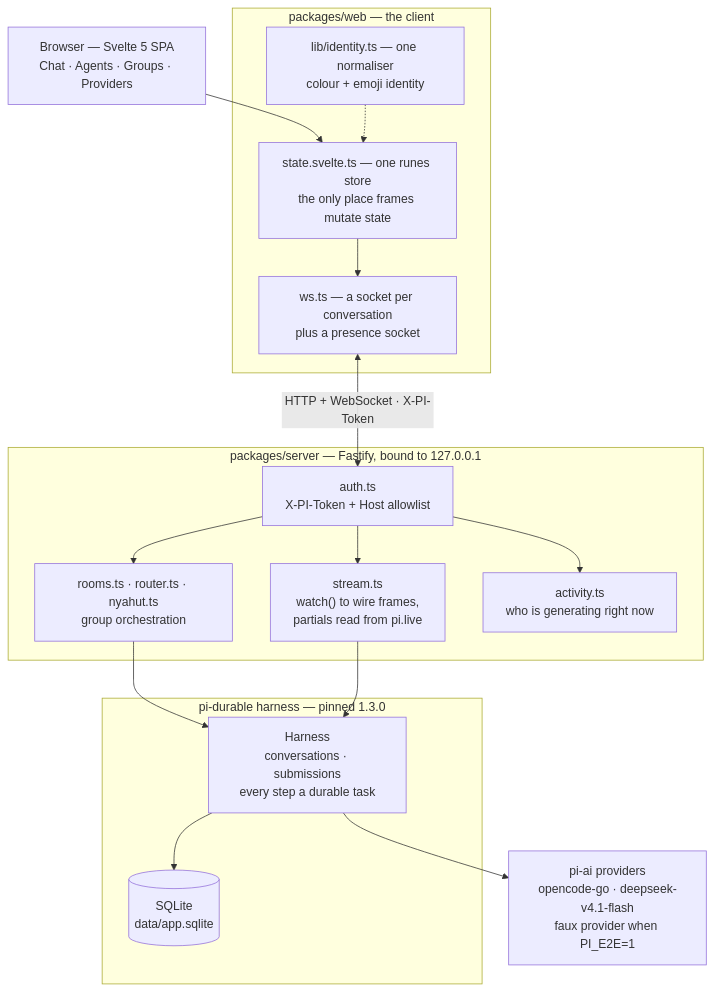
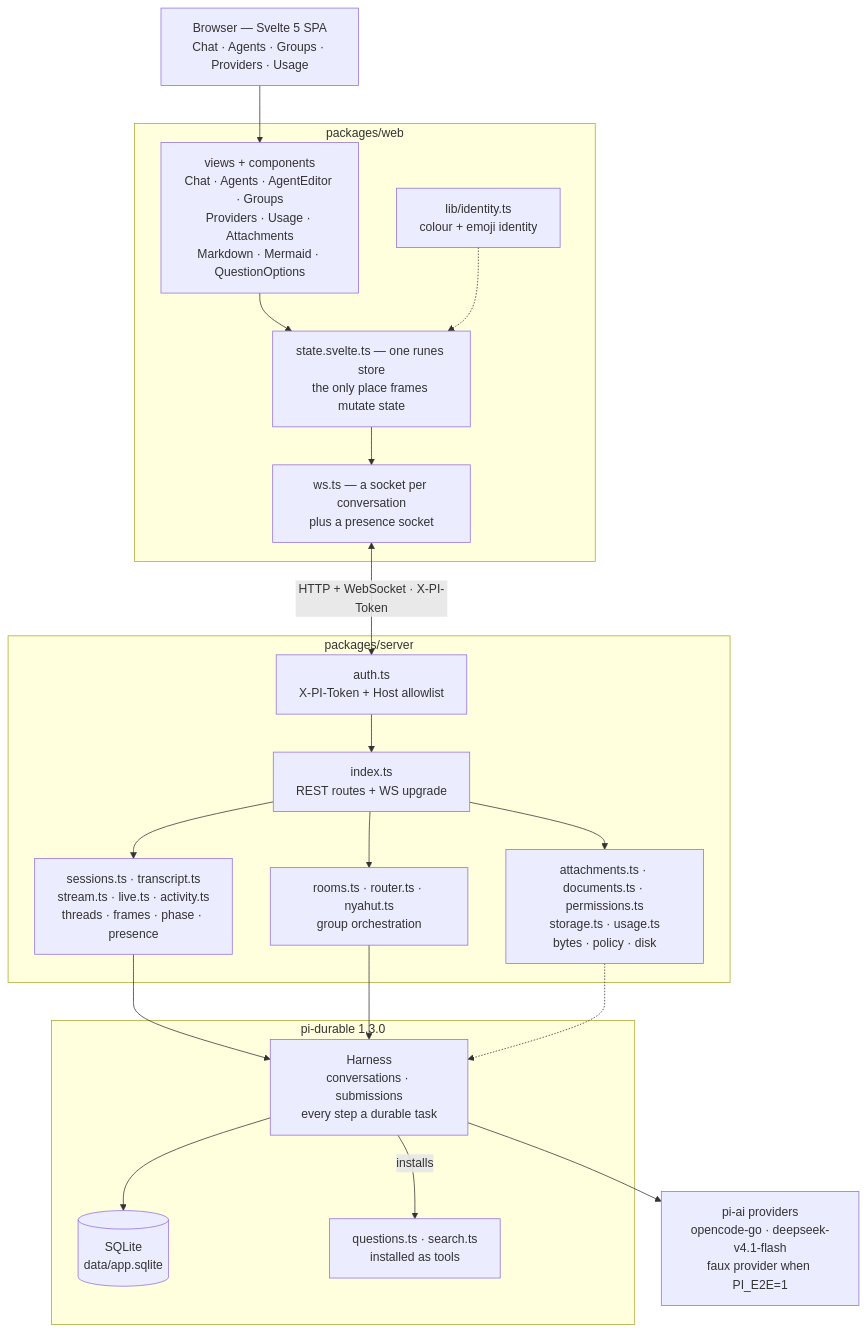
Before and after one commit to mariobgsp/articles: the diagram in diagrams/durable-agents.mmd, drawn with Mermaid. The commit also changed 3 other files, not shown here.

First line of the commit message:
docs(durable-agents): re-pin to ba185dd and update the drifted sections

```diff
--- a/diagrams/durable-agents.mmd
+++ b/diagrams/durable-agents.mmd
@@ -1,34 +1,41 @@
 flowchart TD
-  U["Browser — Svelte 5 SPA<br/>Chat · Agents · Groups · Providers"]
+  U["Browser — Svelte 5 SPA<br/>Chat · Agents · Groups · Providers · Usage"]
 
-  subgraph WEB["packages/web — the client"]
+  subgraph WEB["packages/web"]
+    VIEWS["views + components<br/>Chat · Agents · AgentEditor · Groups<br/>Providers · Usage · Attachments<br/>Markdown · Mermaid · QuestionOptions"]
     ST["state.svelte.ts — one runes store<br/>the only place frames mutate state"]
     WS["ws.ts — a socket per conversation<br/>plus a presence socket"]
-    ID["lib/identity.ts — one normaliser<br/>colour + emoji identity"]
+    ID["lib/identity.ts<br/>colour + emoji identity"]
   end
 
-  subgraph SRV["packages/server — Fastify, bound to 127.0.0.1"]
+  subgraph SRV["packages/server"]
     AUTH["auth.ts<br/>X-PI-Token + Host allowlist"]
-    ROOMS["rooms.ts · router.ts · nyahut.ts<br/>group orchestration"]
-    STREAM["stream.ts<br/>watch() to wire frames,<br/>partials read from pi.live"]
-    ACT["activity.ts<br/>who is generating right now"]
+    ROUTES["index.ts<br/>REST routes + WS upgrade"]
+    CORE["sessions.ts · transcript.ts<br/>stream.ts · live.ts · activity.ts<br/>threads · frames · phase · presence"]
+    GROUPS["rooms.ts · router.ts · nyahut.ts<br/>group orchestration"]
+    DATA["attachments.ts · documents.ts · permissions.ts<br/>storage.ts · usage.ts<br/>bytes · policy · disk"]
   end
 
-  subgraph DUR["pi-durable harness — pinned 1.3.0"]
+  subgraph DUR["pi-durable 1.3.0"]
     H["Harness<br/>conversations · submissions<br/>every step a durable task"]
     DB[("SQLite<br/>data/app.sqlite")]
+    TOOLS["questions.ts · search.ts<br/>installed as tools"]
     H --> DB
+    H -->|installs| TOOLS
   end
 
   LLM["pi-ai providers<br/>opencode-go · deepseek-v4.1-flash<br/>faux provider when PI_E2E=1"]
 
-  U --> ST
+  U --> VIEWS
+  VIEWS --> ST
   ST --> WS
+  ID -.-> ST
   WS <-->|"HTTP + WebSocket · X-PI-Token"| AUTH
-  AUTH --> ROOMS
-  AUTH --> STREAM
-  AUTH --> ACT
-  ROOMS --> H
-  STREAM --> H
-  ID -.-> ST
+  AUTH --> ROUTES
+  ROUTES --> CORE
+  ROUTES --> GROUPS
+  ROUTES --> DATA
+  CORE --> H
+  GROUPS --> H
+  DATA -.-> H
   H --> LLM
```
